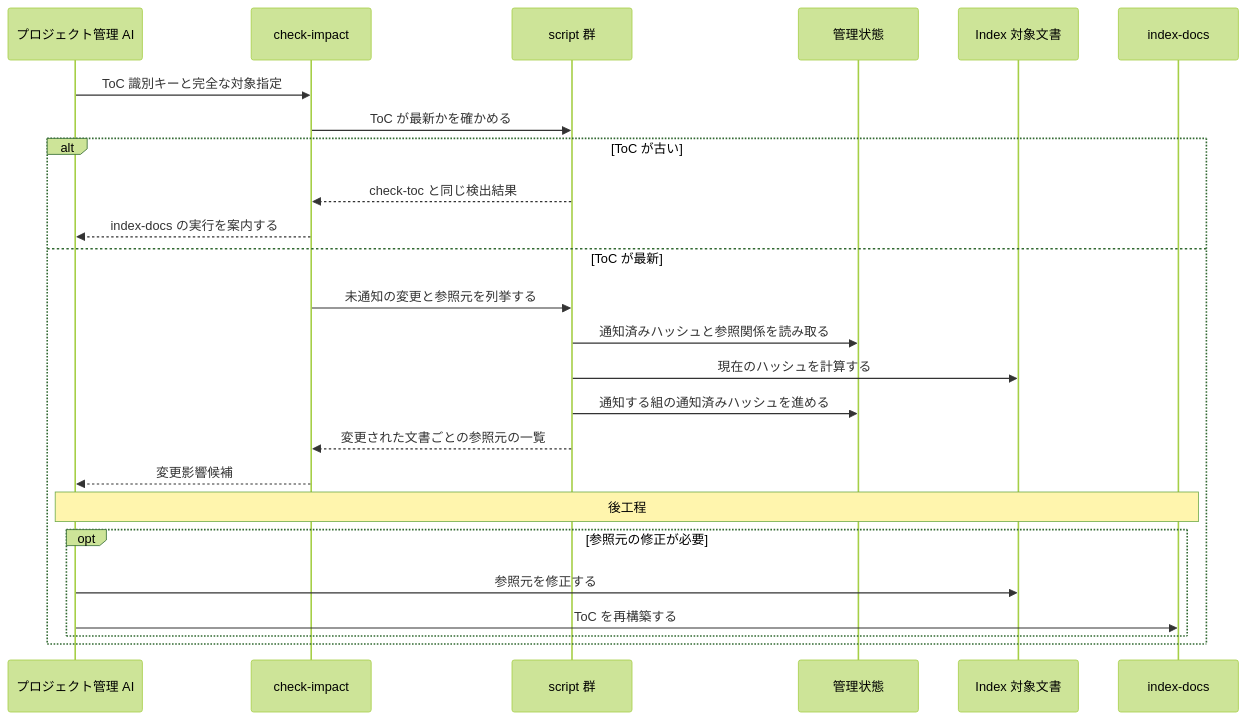
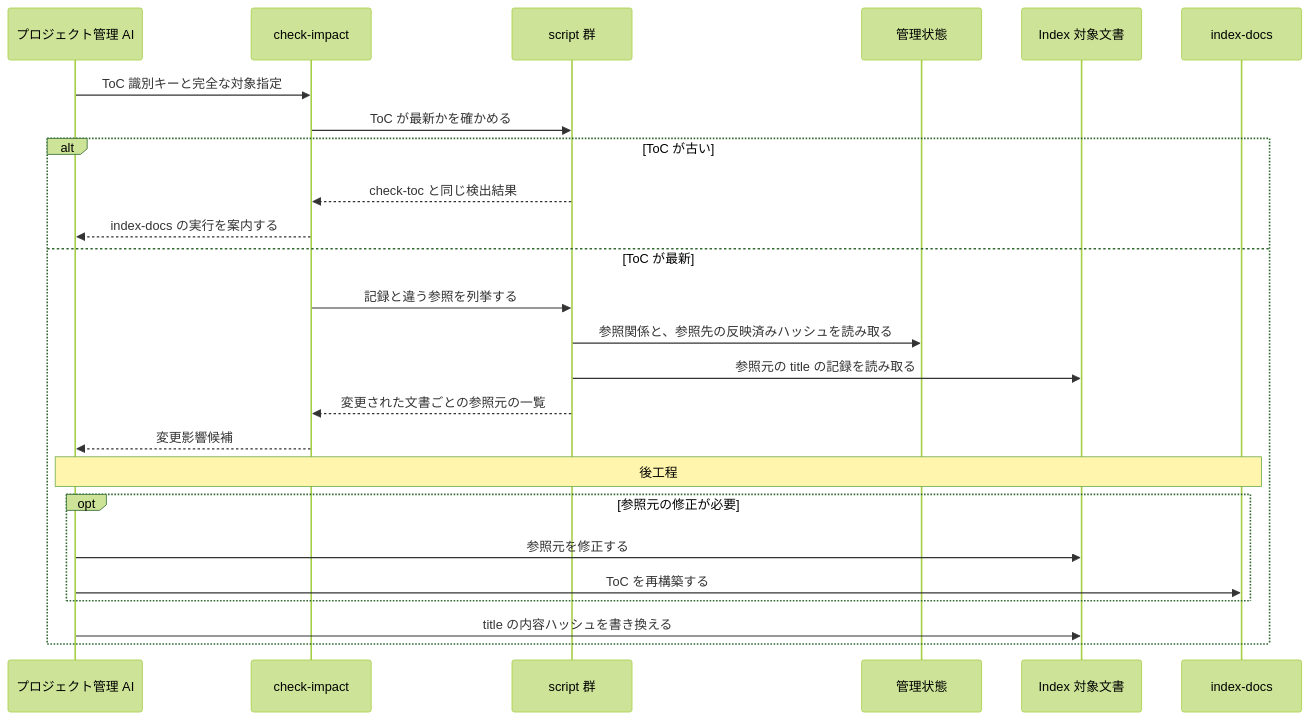
The eighth of 9 diagrams in docs/specs/design/DES-010_skill-composition.md (BlueEventHorizon/doc-link), drawn with Mermaid (forest theme) before and after one commit. The commit also changed other lines of this file and 14 other files, not shown here.

````diff
--- a/docs/specs/design/DES-010_skill-composition.md
+++ b/docs/specs/design/DES-010_skill-composition.md
@@ -330,28 +335,28 @@
 ```mermaid
 sequenceDiagram
     participant PM as プロジェクト管理 AI
     participant Skill as check-impact
     participant Scripts as script 群
     participant State as 管理状態
     participant Docs as Index 対象文書
     participant Index as index-docs
 
     PM->>Skill: ToC 識別キーと完全な対象指定
     Skill->>Scripts: ToC が最新かを確かめる
     alt ToC が古い
         Scripts-->>Skill: check-toc と同じ検出結果
         Skill-->>PM: index-docs の実行を案内する
     else ToC が最新
-        Skill->>Scripts: 未通知の変更と参照元を列挙する
-        Scripts->>State: 通知済みハッシュと参照関係を読み取る
-        Scripts->>Docs: 現在のハッシュを計算する
-        Scripts->>State: 通知する組の通知済みハッシュを進める
+        Skill->>Scripts: 記録と違う参照を列挙する
+        Scripts->>State: 参照関係と、参照先の反映済みハッシュを読み取る
+        Scripts->>Docs: 参照元の title の記録を読み取る
         Scripts-->>Skill: 変更された文書ごとの参照元の一覧
         Skill-->>PM: 変更影響候補
         Note over PM,Index: 後工程
         opt 参照元の修正が必要
             PM->>Docs: 参照元を修正する
             PM->>Index: ToC を再構築する
         end
+        PM->>Docs: title の内容ハッシュを書き換える
     end
 ```
````
